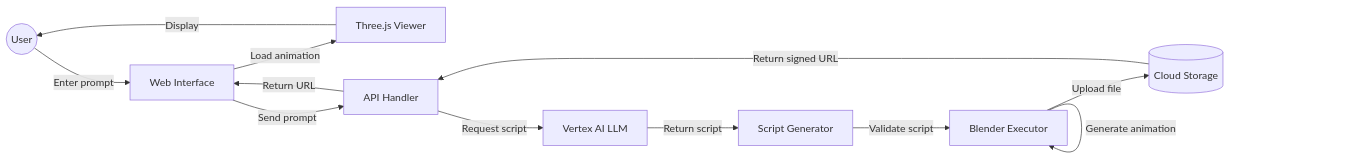
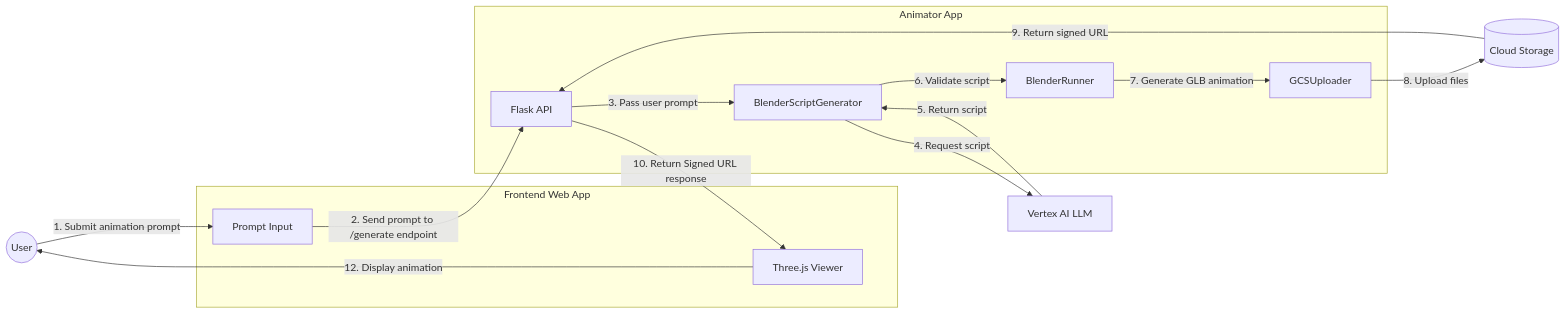
Before and after one commit to gallaglo/gcp-demos-notes-and-tricks: the diagram in run/animation/README.md, drawn with Mermaid.

Commit message:
update flowchart details, move compents inside frontend and animator app nodes

````diff
--- a/run/animation/README.md
+++ b/run/animation/README.md
@@ -16,23 +16,30 @@
 ```mermaid
 flowchart LR
     User((User))
-    WebUI[Web Interface]
-    ThreeJS[Three.js Viewer]
-    APIHandler[API Handler]
-    ScriptGen[Script Generator]
-    BlenderExec[Blender Executor]
+    GCS[(Cloud Storage)]
     VertexAI[Vertex AI LLM]
-    GCS[(Cloud Storage)]
-
-    User -->|Enter prompt| WebUI
-    WebUI -->|Send prompt| APIHandler
-    APIHandler -->|Request script| VertexAI
-    VertexAI -->|Return script| ScriptGen
-    ScriptGen -->|Validate script| BlenderExec
-    BlenderExec -->|Generate animation| BlenderExec
-    BlenderExec -->|Upload file| GCS
-    GCS -->|Return signed URL| APIHandler
-    APIHandler -->|Return URL| WebUI
-    WebUI -->|Load animation| ThreeJS
-    ThreeJS -->|Display| User
+    
+    subgraph "Frontend Web App"
+        WebUI[Prompt Input]
+        ThreeJS[Three.js Viewer]
+    end
+    
+    subgraph "Animator App"
+        FlaskAPI[Flask API]
+        BlenderScriptGen[BlenderScriptGenerator]
+        BlenderRunner[BlenderRunner]
+        GCSUploader[GCSUploader]
+    end
+    
+    User -->|1. Submit animation prompt| WebUI
+    WebUI -->|2. Send prompt to /generate endpoint| FlaskAPI
+    FlaskAPI -->|3. Pass user prompt| BlenderScriptGen
+    BlenderScriptGen -->|4. Request script| VertexAI
+    VertexAI -->|5. Return script| BlenderScriptGen
+    BlenderScriptGen -->|6. Validate script| BlenderRunner
+    BlenderRunner -->|7. Generate GLB animation| GCSUploader
+    GCSUploader -->|8. Upload files| GCS
+    GCS -->|9. Return signed URL| FlaskAPI
+    FlaskAPI -->|10. Return Signed URL response| ThreeJS
+    ThreeJS -->|12. Display animation| User
 ```
````
